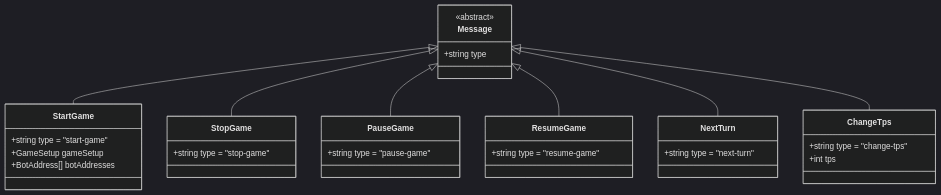
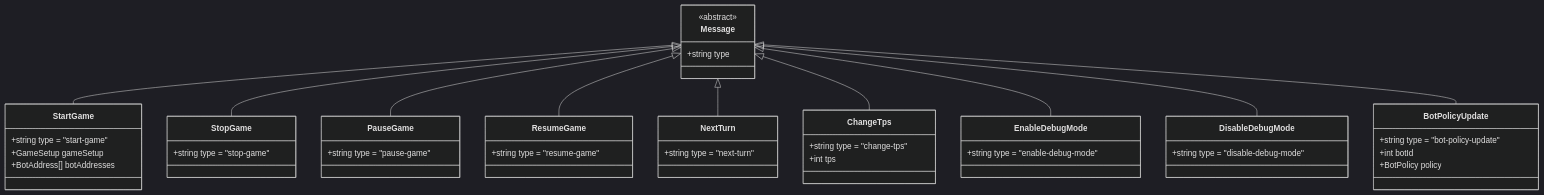
The second of 13 diagrams in docs-internal/architecture/models/message-schema/commands.md (robocode-dev/tank-royale), drawn with Mermaid (dark theme) before and after one commit. The commit also changed other lines of this file and 10 other files, not shown here.

````diff
--- a/docs-internal/architecture/models/message-schema/commands.md
+++ b/docs-internal/architecture/models/message-schema/commands.md
@@ -33,41 +36,58 @@
 ```mermaid
 classDiagram
     class Message {
         <<abstract>>
         +string type
     }
     
     class StartGame {
         +string type = "start-game"
         +GameSetup gameSetup
         +BotAddress[] botAddresses
     }
     
     class StopGame {
         +string type = "stop-game"
     }
     
     class PauseGame {
         +string type = "pause-game"
     }
     
     class ResumeGame {
         +string type = "resume-game"
     }
     
     class NextTurn {
         +string type = "next-turn"
     }
     
     class ChangeTps {
         +string type = "change-tps"
         +int tps
     }
     
+    class EnableDebugMode {
+        +string type = "enable-debug-mode"
+    }
+    
+    class DisableDebugMode {
+        +string type = "disable-debug-mode"
+    }
+    
+    class BotPolicyUpdate {
+        +string type = "bot-policy-update"
+        +int botId
+        +BotPolicy policy
+    }
+    
     Message <|-- StartGame
     Message <|-- StopGame
     Message <|-- PauseGame
     Message <|-- ResumeGame
     Message <|-- NextTurn
     Message <|-- ChangeTps
+    Message <|-- EnableDebugMode
+    Message <|-- DisableDebugMode
+    Message <|-- BotPolicyUpdate
 ```
````
